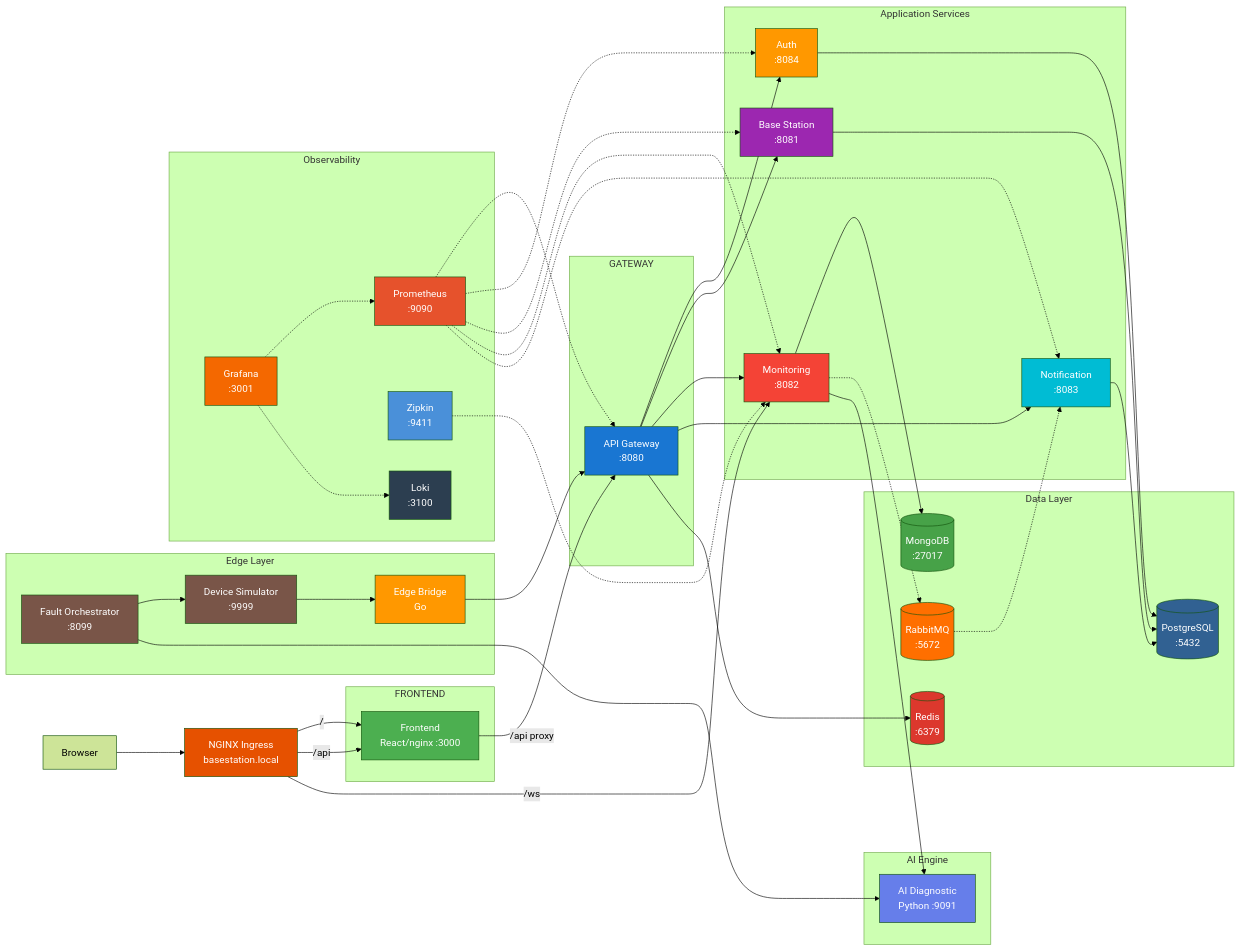
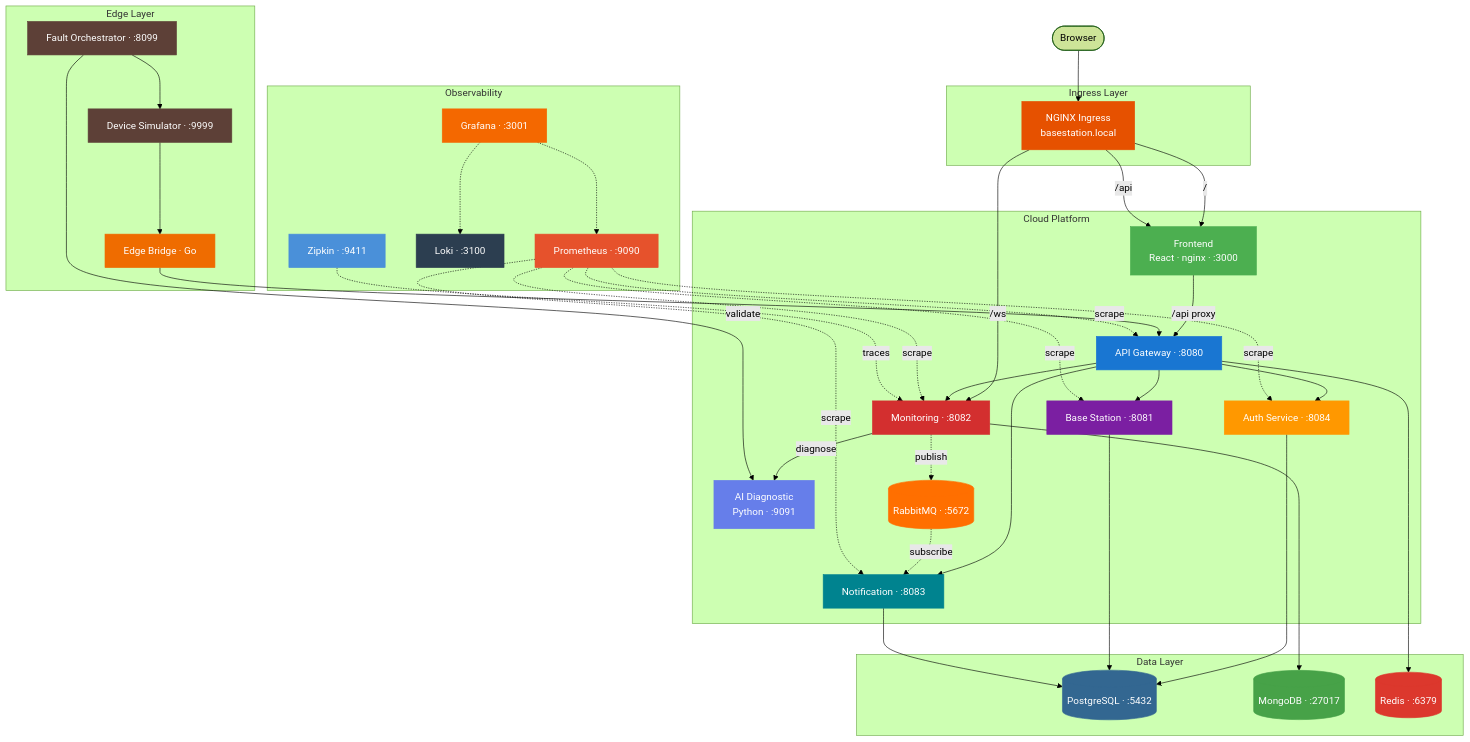
Before and after one commit to ErselSeyit/base-station-platform: the diagram in README.md, drawn with Mermaid (forest theme).

Commit message:
fix: update architecture diagram and badge URLs

````diff
--- a/README.md
+++ b/README.md
@@ -3,91 +3,66 @@
 ```mermaid
-graph LR
-    User[Browser]
-    Ingress[NGINX Ingress<br/>basestation.local]
+graph TB
+    User([Browser]) --> Ingress
 
-    subgraph FRONTEND
-        FE[Frontend<br/>React/nginx :3000]
+    subgraph Ingress Layer
+        Ingress[NGINX Ingress<br/>basestation.local]
     end
 
-    subgraph GATEWAY
-        GW[API Gateway<br/>:8080]
+    Ingress -->|"/ "| FE
+    Ingress -->|"/api"| FE
+    Ingress -->|"/ws"| MS
+
+    subgraph Cloud Platform
+        FE[Frontend<br/>React · nginx · :3000] -->|"/api proxy"| GW[API Gateway · :8080]
+
+        GW --> AS[Auth Service · :8084]
+        GW --> BS[Base Station · :8081]
+        GW --> MS[Monitoring · :8082]
+        GW --> NS[Notification · :8083]
+
+        MS -->|diagnose| AI[AI Diagnostic<br/>Python · :9091]
+        MS -.->|publish| RMQ
+        RMQ -.->|subscribe| NS
     end
 
-    subgraph SERVICES["Application Services"]
-        AS[Auth<br/>:8084]
-        BS[Base Station<br/>:8081]
-        MS[Monitoring<br/>:8082]
-        NS[Notification<br/>:8083]
+    subgraph Edge Layer
+        EB[Edge Bridge · Go] --> GW
+        DS[Device Simulator · :9999] --> EB
+        FS[Fault Orchestrator · :8099] --> DS
+        FS -->|validate| AI
     end
 
-    subgraph AI["AI Engine"]
-        AID[AI Diagnostic<br/>Python :9091]
+    subgraph Data Layer
+        AS & BS & NS --> PG[(PostgreSQL · :5432)]
+        MS --> MDB[(MongoDB · :27017)]
+        GW --> REDIS[(Redis · :6379)]
+        RMQ[(RabbitMQ · :5672)]
     end
 
-    subgraph EDGE["Edge Layer"]
-        EB[Edge Bridge<br/>Go]
-        DS[Device Simulator<br/>:9999]
-        FS[Fault Orchestrator<br/>:8099]
+    subgraph Observability
+        PROM[Prometheus · :9090] -.->|scrape| GW & AS & BS & MS & NS
+        GRAF[Grafana · :3001] -.-> PROM
+        GRAF -.-> LOKI[Loki · :3100]
+        ZIP[Zipkin · :9411] -.->|traces| MS
     end
 
-    subgraph DATA["Data Layer"]
-        PG[(PostgreSQL<br/>:5432)]
-        MDB[(MongoDB<br/>:27017)]
-        REDIS[(Redis<br/>:6379)]
-        RMQ[(RabbitMQ<br/>:5672)]
-    end
-
-    subgraph OBS["Observability"]
-        PROM[Prometheus<br/>:9090]
-        GRAF[Grafana<br/>:3001]
-        ZIP[Zipkin<br/>:9411]
-        LOKI[Loki<br/>:3100]
-    end
-
-    User --> Ingress
-    Ingress -->|/| FE
-    Ingress -->|/api| FE
-    Ingress -->|/ws| MS
-    FE -->|/api proxy| GW
-
-    GW --> AS & BS & MS & NS
-    GW --> REDIS
-
-    AS --> PG
-    BS --> PG
-    NS --> PG
-    MS --> MDB
-
-    MS -.-> RMQ
-    RMQ -.-> NS
-    MS --> AID
-
-    EB --> GW
-    DS --> EB
-    FS --> DS
-    FS --> AID
-
-    PROM -.-> GW & AS & BS & MS & NS
-    GRAF -.-> PROM & LOKI
-    ZIP -.-> MS
-
-    style Ingress fill:#e65100,color:#fff
-    style GW fill:#1976d2,color:#fff
-    style FE fill:#4caf50,color:#fff
-    style AS fill:#ff9800,color:#fff
-    style BS fill:#9c27b0,color:#fff
-    style MS fill:#f44336,color:#fff
-    style NS fill:#00bcd4,color:#fff
-    style AID fill:#667eea,color:#fff
-    style EB fill:#ff9800,color:#fff
-    style DS fill:#795548,color:#fff
-    style FS fill:#795548,color:#fff
-    style PG fill:#316192,color:#fff
-    style MDB fill:#47a248,color:#fff
-    style REDIS fill:#dc382d,color:#fff
-    style RMQ fill:#ff6f00,color:#fff
-    style PROM fill:#e6522c,color:#fff
-    style GRAF fill:#f46800,color:#fff
-    style ZIP fill:#4a90d9,color:#fff
-    style LOKI fill:#2c3e50,color:#fff
+    style Ingress fill:#e65100,color:#fff,stroke:#e65100
+    style FE fill:#4caf50,color:#fff,stroke:#4caf50
+    style GW fill:#1976d2,color:#fff,stroke:#1976d2
+    style AS fill:#ff9800,color:#fff,stroke:#ff9800
+    style BS fill:#7b1fa2,color:#fff,stroke:#7b1fa2
+    style MS fill:#d32f2f,color:#fff,stroke:#d32f2f
+    style NS fill:#00838f,color:#fff,stroke:#00838f
+    style AI fill:#667eea,color:#fff,stroke:#667eea
+    style EB fill:#ef6c00,color:#fff,stroke:#ef6c00
+    style DS fill:#5d4037,color:#fff,stroke:#5d4037
+    style FS fill:#5d4037,color:#fff,stroke:#5d4037
+    style PG fill:#336791,color:#fff,stroke:#336791
+    style MDB fill:#47a248,color:#fff,stroke:#47a248
+    style REDIS fill:#dc382d,color:#fff,stroke:#dc382d
+    style RMQ fill:#ff6f00,color:#fff,stroke:#ff6f00
+    style PROM fill:#e6522c,color:#fff,stroke:#e6522c
+    style GRAF fill:#f46800,color:#fff,stroke:#f46800
+    style LOKI fill:#2c3e50,color:#fff,stroke:#2c3e50
+    style ZIP fill:#4a90d9,color:#fff,stroke:#4a90d9
 ```
````
